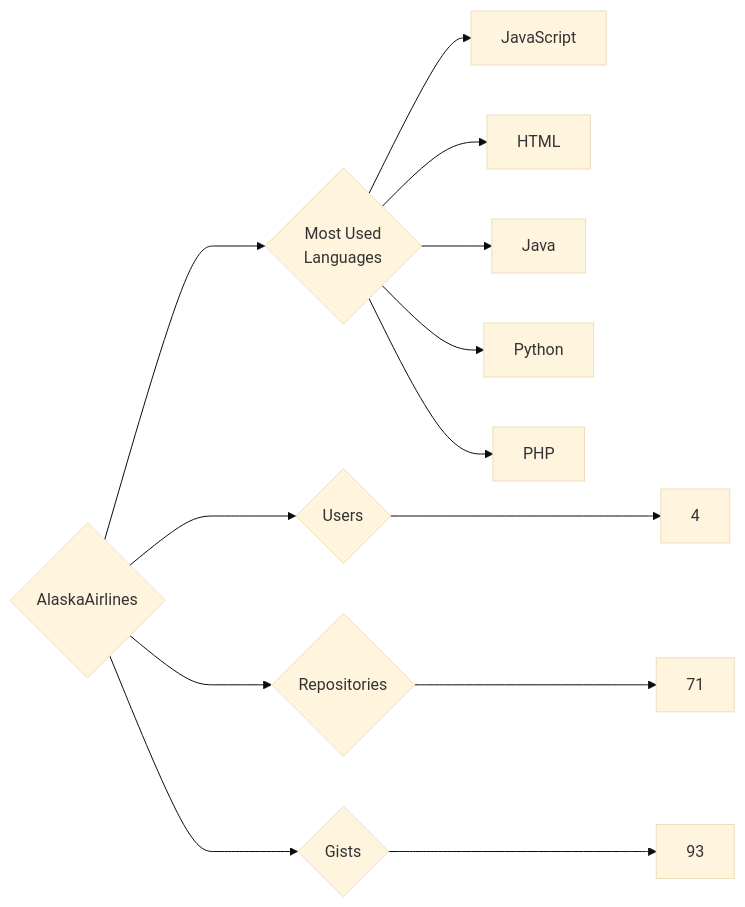
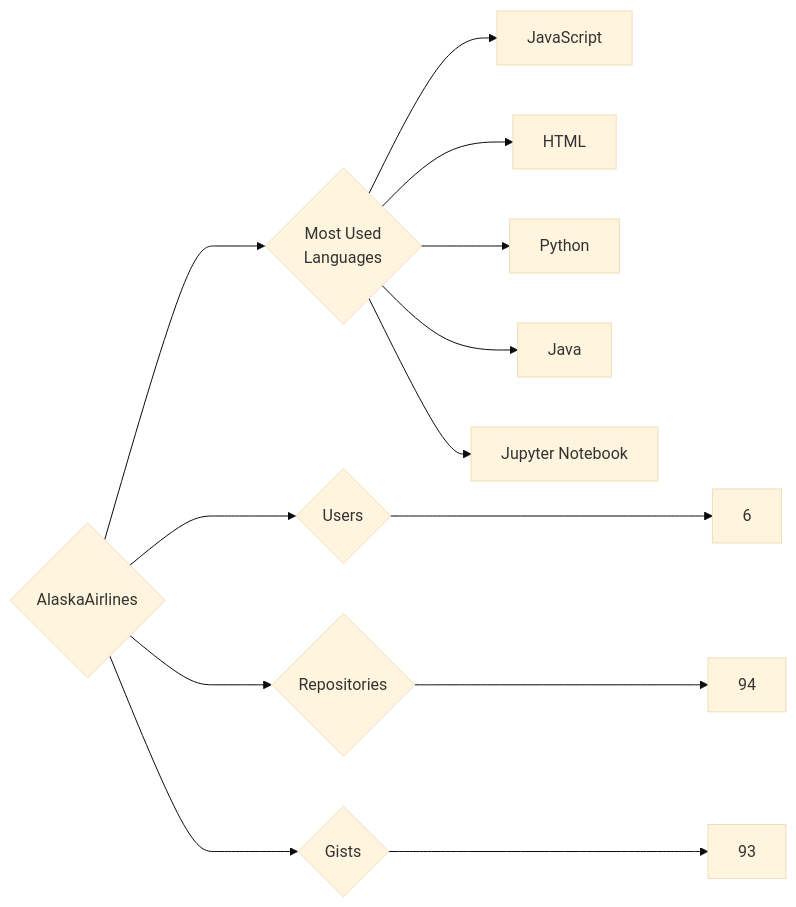
Before and after one commit to trickest/insiders: the diagram in targets/AlaskaAirlines/README.md, drawn with Mermaid (base theme). The commit also changed 1175 other files, not shown here.

````diff
--- a/targets/AlaskaAirlines/README.md
+++ b/targets/AlaskaAirlines/README.md
@@ -3,13 +3,13 @@
 ```mermaid
 graph LR
 COMPANY_NAME{AlaskaAirlines}
-COMPANY_NAME ---> U{Users} ---> UN[4]
-COMPANY_NAME ---> R{Repositories} ---> RN[71]
+COMPANY_NAME ---> U{Users} ---> UN[6]
+COMPANY_NAME ---> R{Repositories} ---> RN[94]
 COMPANY_NAME ---> G{Gists} ---> GN[93]
 COMPANY_NAME ---> ML{Most Used<br>Languages}
 ML --> JavaScript[JavaScript]
 ML --> HTML[HTML]
+ML --> Python[Python]
 ML --> Java[Java]
-ML --> Python[Python]
-ML --> PHP[PHP]
+ML --> Jupyter_Notebook[Jupyter Notebook]
 ```
````
